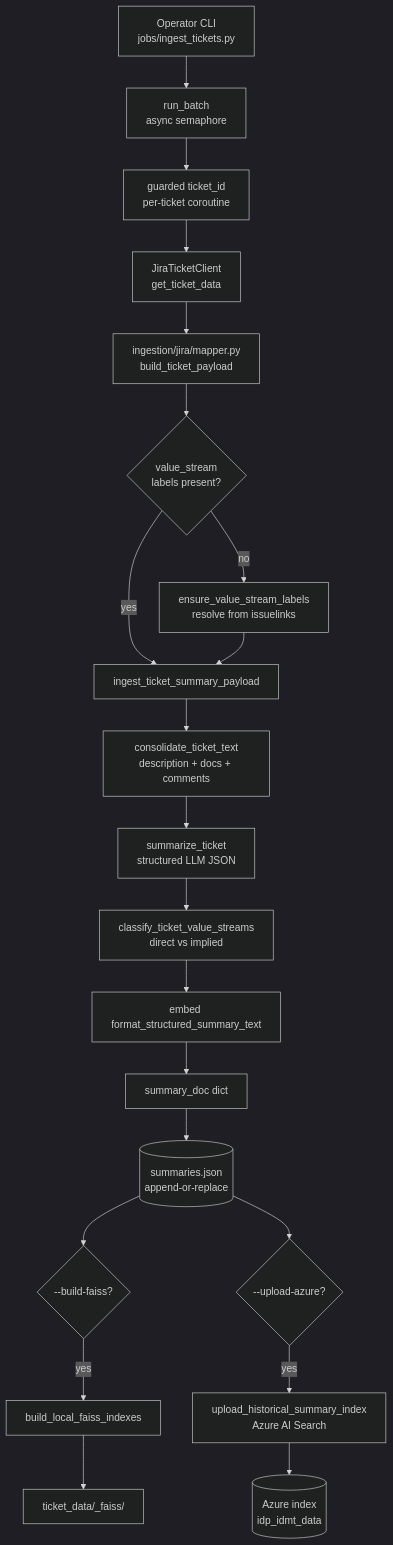
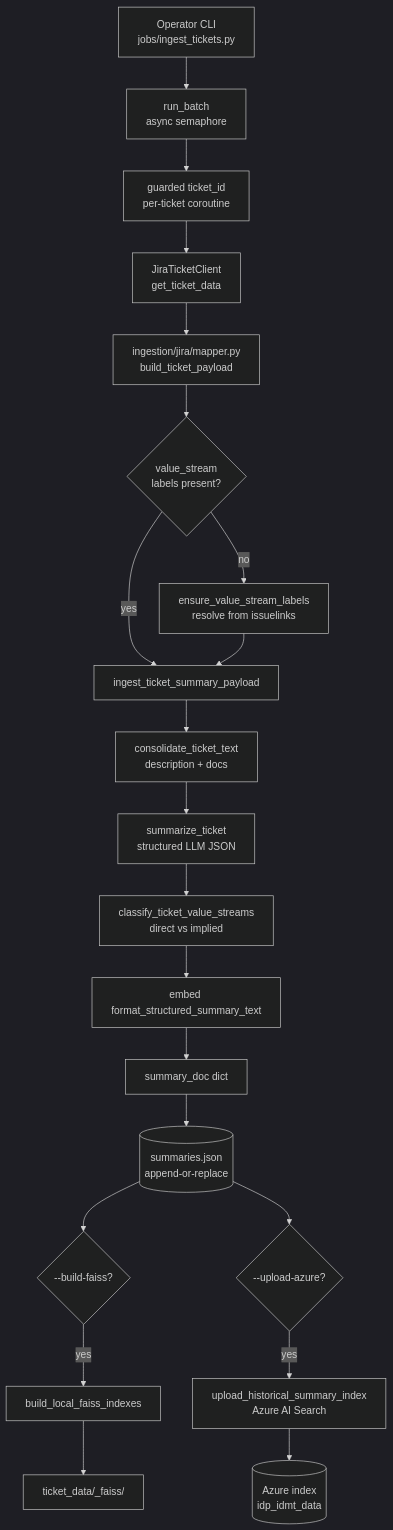
The first of 5 diagrams in docs/ingestion.md (Soul-Eater69/vs), drawn with Mermaid (dark theme) before and after one commit. The commit also changed other lines of this file and 8 other files, not shown here.

````diff
--- a/docs/ingestion.md
+++ b/docs/ingestion.md
@@ -50,23 +50,23 @@
 ```mermaid
 flowchart TD
     A[Operator CLI<br/>jobs/ingest_tickets.py] --> B[run_batch<br/>async semaphore]
     B --> C[guarded ticket_id<br/>per-ticket coroutine]
     C --> D[JiraTicketClient<br/>get_ticket_data]
     D --> E[ingestion/jira/mapper.py<br/>build_ticket_payload]
     E --> F{value_stream<br/>labels present?}
     F -- "no" --> X[ensure_value_stream_labels<br/>resolve from issuelinks]
     F -- "yes" --> G[ingest_ticket_summary_payload]
     X --> G
-    G --> H[consolidate_ticket_text<br/>description + docs + comments]
+    G --> H[consolidate_ticket_text<br/>description + docs]
     H --> I[summarize_ticket<br/>structured LLM JSON]
     I --> J[classify_ticket_value_streams<br/>direct vs implied]
     J --> K[embed format_structured_summary_text]
     K --> L[summary_doc dict]
     L --> M[(summaries.json<br/>append-or-replace)]
     M --> N{--build-faiss?}
     M --> O{--upload-azure?}
     N -- "yes" --> P[build_local_faiss_indexes]
     O -- "yes" --> Q[upload_historical_summary_index<br/>Azure AI Search]
     P --> Z[ticket_data/_faiss/]
     Q --> Y[(Azure index<br/>idp_idmt_data)]
 ```
````
